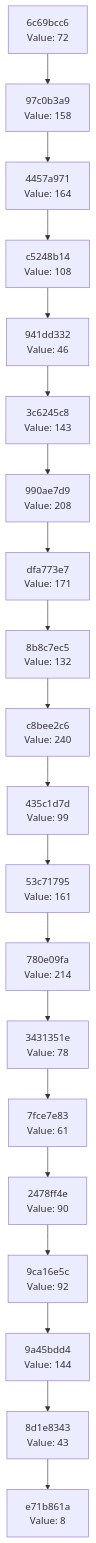
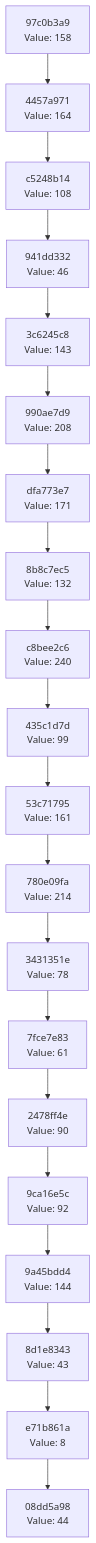
Before and after one commit to Abhisheksinha1506/hash-chain-evolver: the diagram in docs/CHAIN_VISUALIZATION.md, drawn with Mermaid. The commit also changed 2 other files, not shown here.

Commit message:
Evolution Step

````diff
--- a/docs/CHAIN_VISUALIZATION.md
+++ b/docs/CHAIN_VISUALIZATION.md
@@ -3,42 +3,42 @@
 ```mermaid
 graph TD
-    C0["e71b861a<br/>Value: 8"]
-    C1["8d1e8343<br/>Value: 43"]
+    C0["08dd5a98<br/>Value: 44"]
+    C1["e71b861a<br/>Value: 8"]
     C1 --> C0
-    C2["9a45bdd4<br/>Value: 144"]
+    C2["8d1e8343<br/>Value: 43"]
     C2 --> C1
-    C3["9ca16e5c<br/>Value: 92"]
+    C3["9a45bdd4<br/>Value: 144"]
     C3 --> C2
-    C4["2478ff4e<br/>Value: 90"]
+    C4["9ca16e5c<br/>Value: 92"]
     C4 --> C3
-    C5["7fce7e83<br/>Value: 61"]
+    C5["2478ff4e<br/>Value: 90"]
     C5 --> C4
-    C6["3431351e<br/>Value: 78"]
+    C6["7fce7e83<br/>Value: 61"]
     C6 --> C5
-    C7["780e09fa<br/>Value: 214"]
+    C7["3431351e<br/>Value: 78"]
     C7 --> C6
-    C8["53c71795<br/>Value: 161"]
+    C8["780e09fa<br/>Value: 214"]
     C8 --> C7
-    C9["435c1d7d<br/>Value: 99"]
+    C9["53c71795<br/>Value: 161"]
     C9 --> C8
-    C10["c8bee2c6<br/>Value: 240"]
+    C10["435c1d7d<br/>Value: 99"]
     C10 --> C9
-    C11["8b8c7ec5<br/>Value: 132"]
+    C11["c8bee2c6<br/>Value: 240"]
     C11 --> C10
-    C12["dfa773e7<br/>Value: 171"]
+    C12["8b8c7ec5<br/>Value: 132"]
     C12 --> C11
-    C13["990ae7d9<br/>Value: 208"]
+    C13["dfa773e7<br/>Value: 171"]
     C13 --> C12
-    C14["3c6245c8<br/>Value: 143"]
+    C14["990ae7d9<br/>Value: 208"]
     C14 --> C13
-    C15["941dd332<br/>Value: 46"]
+    C15["3c6245c8<br/>Value: 143"]
     C15 --> C14
-    C16["c5248b14<br/>Value: 108"]
+    C16["941dd332<br/>Value: 46"]
     C16 --> C15
-    C17["4457a971<br/>Value: 164"]
+    C17["c5248b14<br/>Value: 108"]
     C17 --> C16
-    C18["97c0b3a9<br/>Value: 158"]
+    C18["4457a971<br/>Value: 164"]
     C18 --> C17
-    C19["6c69bcc6<br/>Value: 72"]
+    C19["97c0b3a9<br/>Value: 158"]
     C19 --> C18
 ```
````
